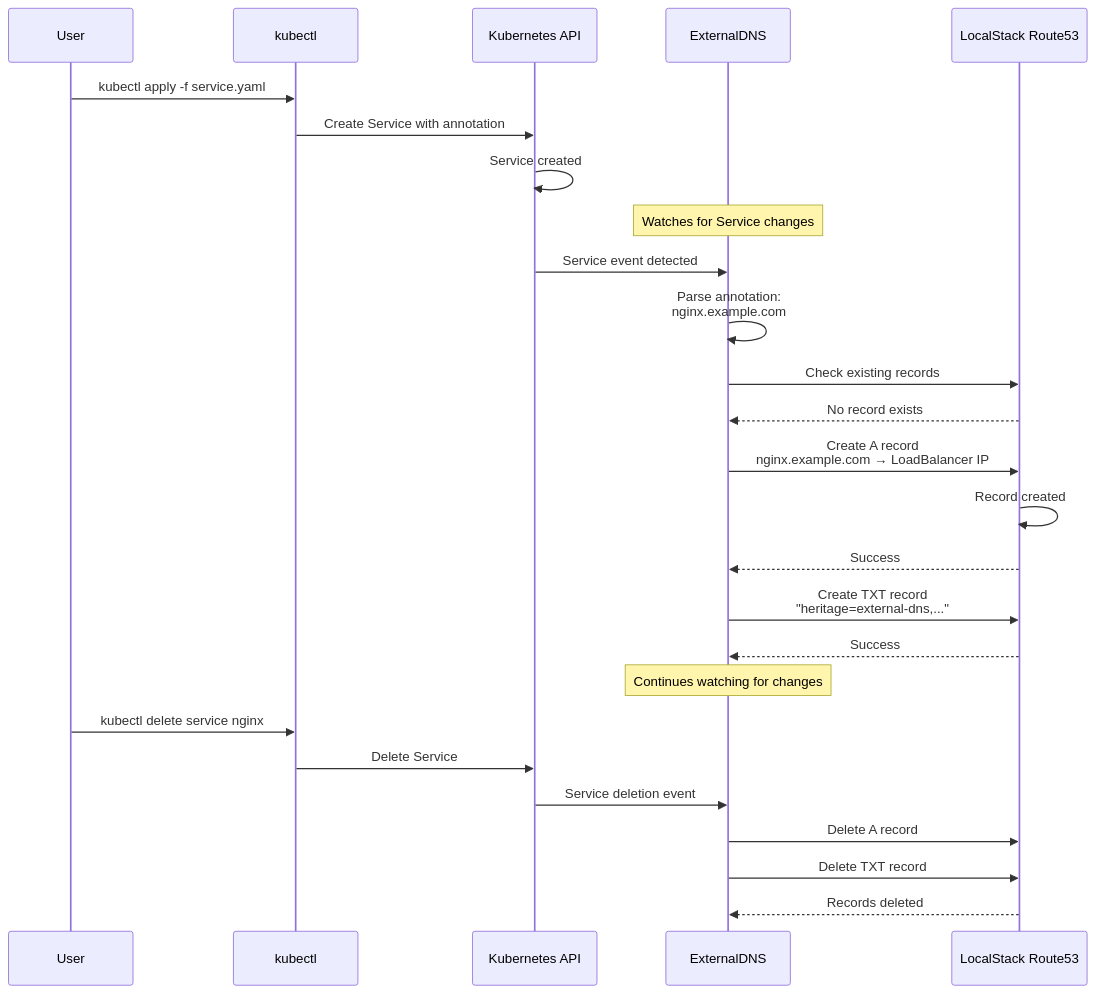
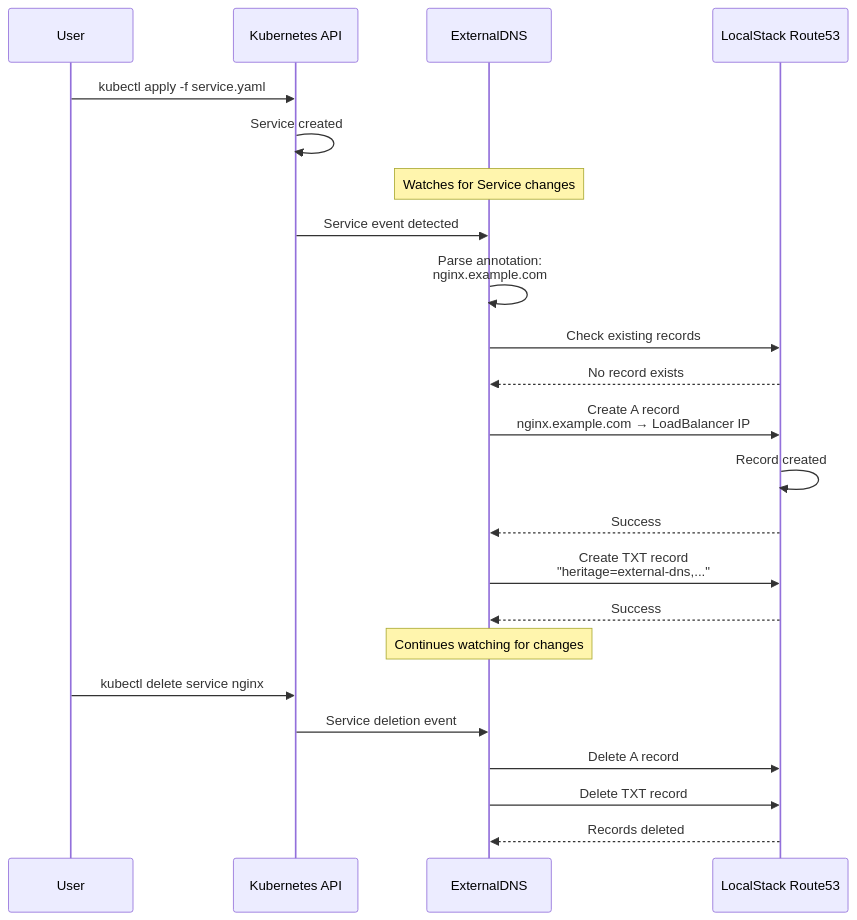
The second of 3 diagrams in docs/tutorials/aws-localstack.md (kubernetes-sigs/external-dns), drawn with Mermaid before and after one commit. The commit also changed other lines of this file, not shown here.

````diff
--- a/docs/tutorials/aws-localstack.md
+++ b/docs/tutorials/aws-localstack.md
@@ -437,32 +398,29 @@
 ```mermaid
 sequenceDiagram
     participant User
-    participant kubectl
     participant K8s as Kubernetes API
     participant ED as ExternalDNS
     participant LS as LocalStack Route53
 
-    User->>kubectl: kubectl apply -f service.yaml
-    kubectl->>K8s: Create Service with annotation
+    User->>K8s: kubectl apply -f service.yaml
     K8s->>K8s: Service created
 
     Note over ED: Watches for Service changes
     K8s->>ED: Service event detected
     ED->>ED: Parse annotation:<br/>nginx.example.com
     ED->>LS: Check existing records
     LS-->>ED: No record exists
     ED->>LS: Create A record<br/>nginx.example.com → LoadBalancer IP
     LS->>LS: Record created
     LS-->>ED: Success
     ED->>LS: Create TXT record<br/>"heritage=external-dns,..."
     LS-->>ED: Success
 
     Note over ED: Continues watching for changes
 
-    User->>kubectl: kubectl delete service nginx
-    kubectl->>K8s: Delete Service
+    User->>K8s: kubectl delete service nginx
     K8s->>ED: Service deletion event
     ED->>LS: Delete A record
     ED->>LS: Delete TXT record
     LS-->>ED: Records deleted
 ```
````
